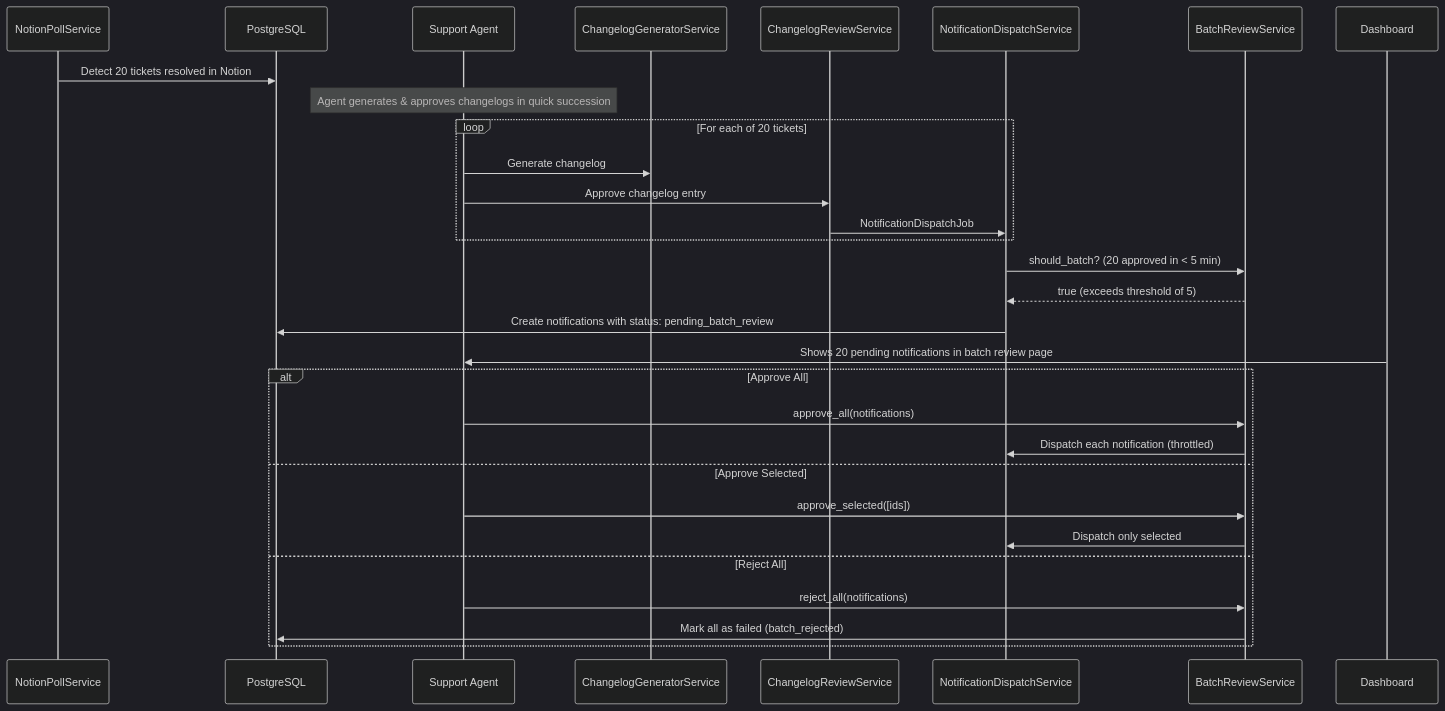
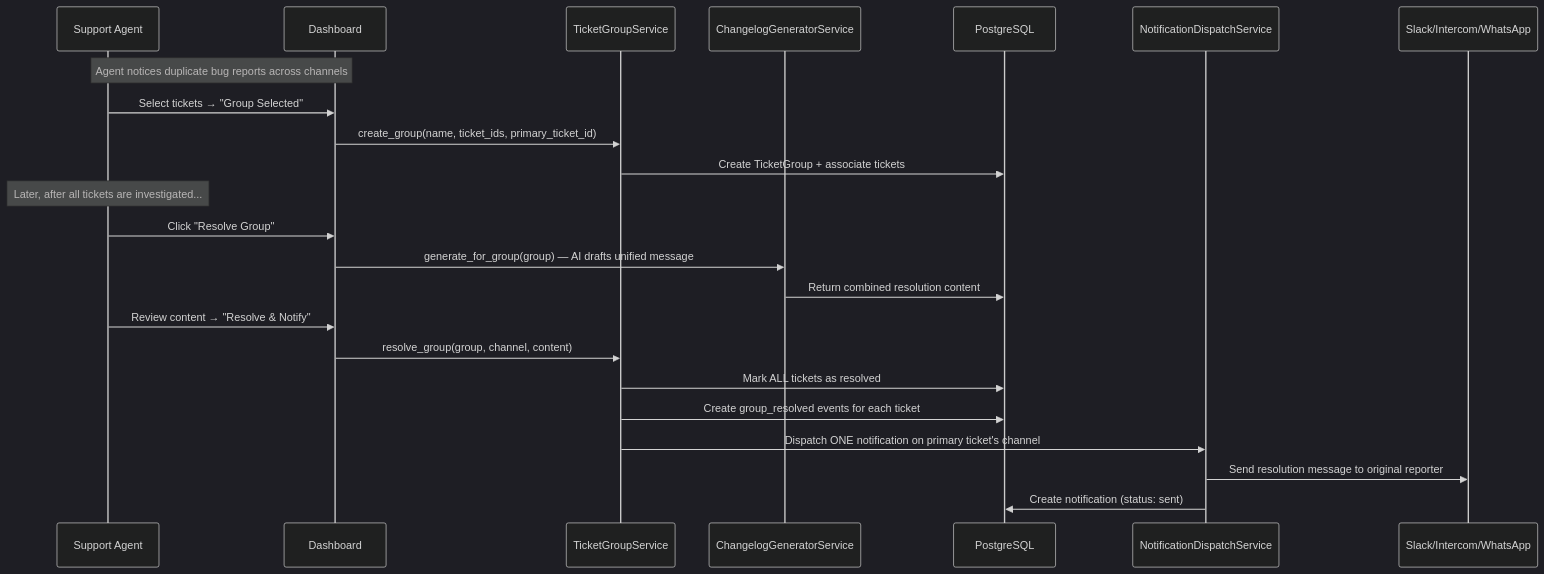
The fourth of 4 diagrams in README.md (abouhid2/feedback-hub), drawn with Mermaid (dark theme) before and after one commit. The commit also changed other lines of this file and 8 other files, not shown here.

````diff
--- a/README.md
+++ b/README.md
@@ -809,38 +833,31 @@
 ```mermaid
 sequenceDiagram
-    participant NP as NotionPollService
+    participant Agent as Support Agent
+    participant Dash as Dashboard
+    participant TG as TicketGroupService
+    participant CG as ChangelogGeneratorService
     participant DB as PostgreSQL
-    participant Agent as Support Agent
-    participant CG as ChangelogGeneratorService
-    participant CR as ChangelogReviewService
     participant ND as NotificationDispatchService
-    participant BR as BatchReviewService
-    participant Dash as Dashboard
+    participant Platform as Slack/Intercom/WhatsApp
 
-    NP->>DB: Detect 20 tickets resolved in Notion
+    Note over Agent,Dash: Agent notices duplicate bug reports across channels
 
-    Note over Agent: Agent generates & approves changelogs in quick succession
+    Agent->>Dash: Select tickets → "Group Selected"
+    Dash->>TG: create_group(name, ticket_ids, primary_ticket_id)
+    TG->>DB: Create TicketGroup + associate tickets
 
-    loop For each of 20 tickets
-        Agent->>CG: Generate changelog
-        Agent->>CR: Approve changelog entry
-        CR->>ND: NotificationDispatchJob
-    end
+    Note over Agent: Later, after all tickets are investigated...
 
-    ND->>BR: should_batch? (20 approved in < 5 min)
-    BR-->>ND: true (exceeds threshold of 5)
-    ND->>DB: Create notifications with status: pending_batch_review
+    Agent->>Dash: Click "Resolve Group"
+    Dash->>CG: generate_for_group(group) — AI drafts unified message
+    CG->>DB: Return combined resolution content
 
-    Dash->>Agent: Shows 20 pending notifications in batch review page
+    Agent->>Dash: Review content → "Resolve & Notify"
+    Dash->>TG: resolve_group(group, channel, content)
+    TG->>DB: Mark ALL tickets as resolved
+    TG->>DB: Create group_resolved events for each ticket
+    TG->>ND: Dispatch ONE notification on primary ticket's channel
 
-    alt Approve All
-        Agent->>BR: approve_all(notifications)
-        BR->>ND: Dispatch each notification (throttled)
-    else Approve Selected
-        Agent->>BR: approve_selected([ids])
-        BR->>ND: Dispatch only selected
-    else Reject All
-        Agent->>BR: reject_all(notifications)
-        BR->>DB: Mark all as failed (batch_rejected)
-    end
+    ND->>Platform: Send resolution message to original reporter
+    ND->>DB: Create notification (status: sent)
 ```
````
